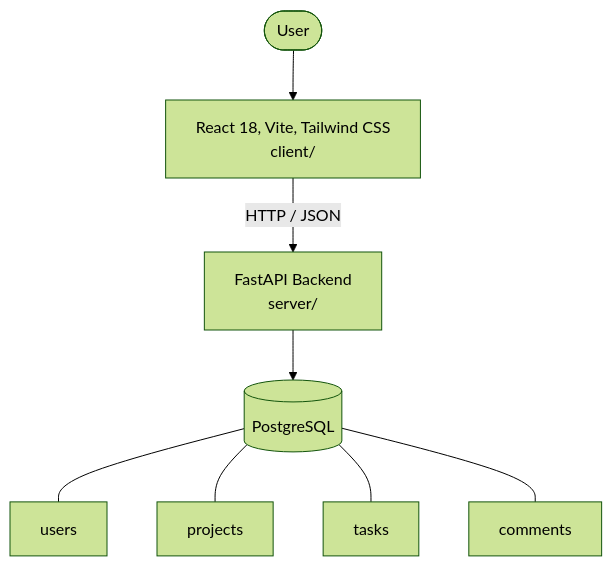
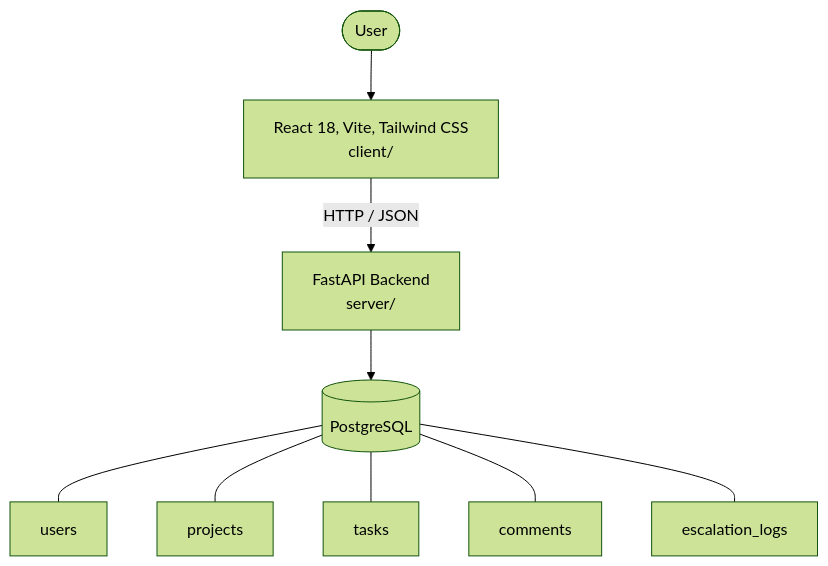
The diagram in architecture.md (p67428378-afk/SCRUM), drawn with Mermaid (forest theme) before and after one commit. The commit also changed other lines of this file and 41 other files, not shown here.

````diff
--- a/architecture.md
+++ b/architecture.md
@@ -6,14 +6,15 @@
 ```mermaid
 graph TD
   User([User])
   UI["React 18, Vite, Tailwind CSS<br/>client/"]
   API["FastAPI Backend<br/>server/"]
   DB[("PostgreSQL")]
   User --> UI
   UI -->|HTTP / JSON| API
   API --> DB
   DB --- tbl_users["users"]
   DB --- tbl_projects["projects"]
   DB --- tbl_tasks["tasks"]
   DB --- tbl_comments["comments"]
+  DB --- tbl_escalation_logs["escalation_logs"]
 ```
````
